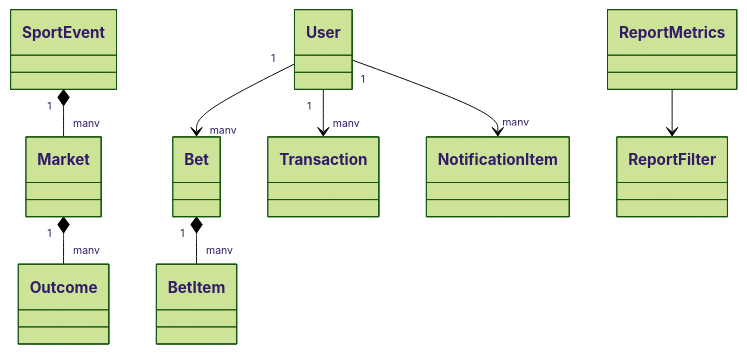
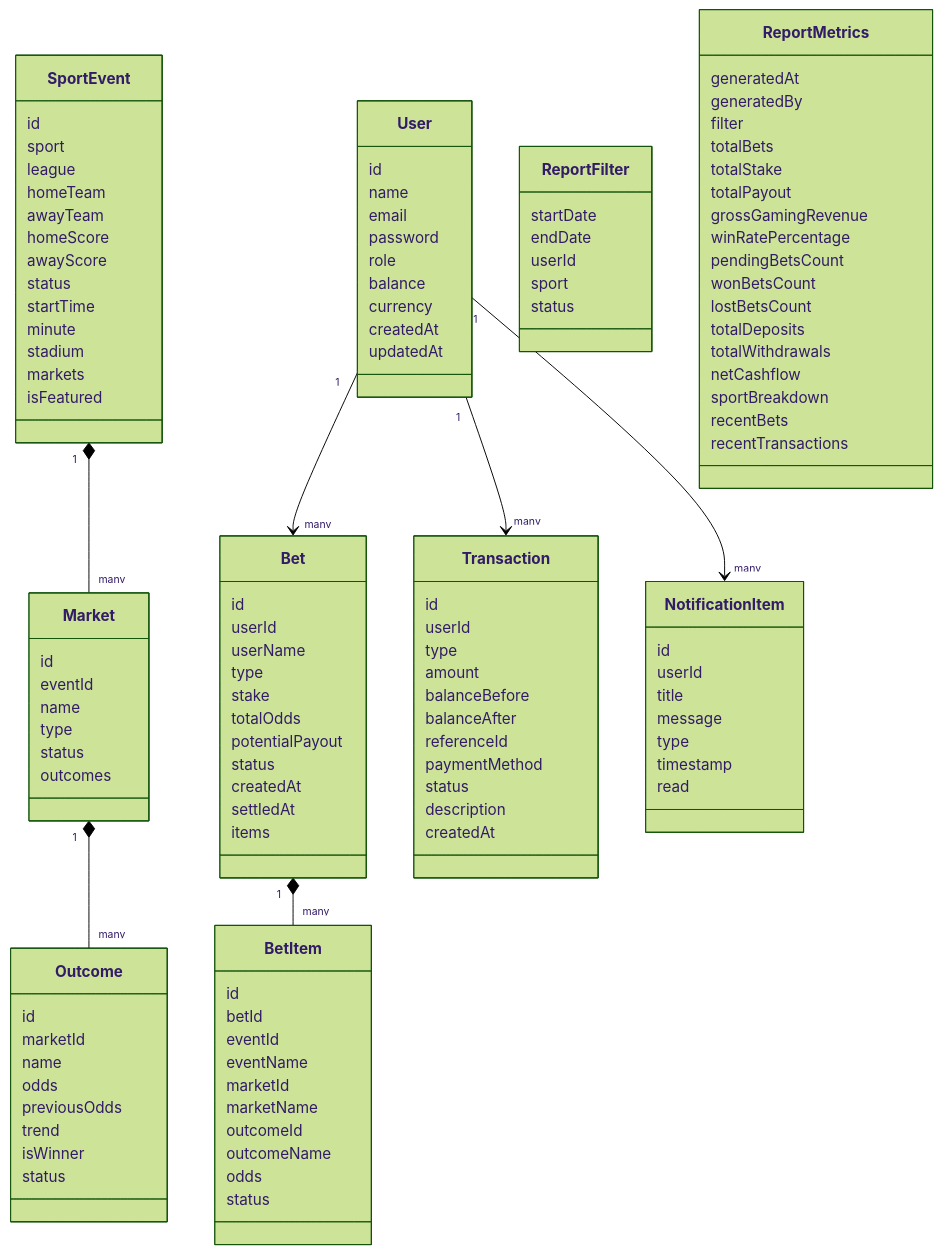
One commit to UPT-FAING-EPIS/si784-2026-ii-si784-2026-ii-examen-u1-miltom123 changed the second of 4 diagrams in docs/DOCUMENTACION_SISTEMA.md. Above: the diagram before and after it, drawn with Mermaid (forest theme). The commit also changed other lines of this file and 17 other files, not shown here.

````diff
--- a/docs/DOCUMENTACION_SISTEMA.md
+++ b/docs/DOCUMENTACION_SISTEMA.md
@@ -303,20 +364,127 @@
 ```mermaid
 classDiagram
-  class User
-  class Outcome
-  class Market
-  class SportEvent
-  class BetItem
-  class Bet
-  class Transaction
-  class ReportFilter
-  class ReportMetrics
-  class NotificationItem
+  class User {
+    id
+    name
+    email
+    password
+    role
+    balance
+    currency
+    createdAt
+    updatedAt
+  }
+  class Outcome {
+    id
+    marketId
+    name
+    odds
+    previousOdds
+    trend
+    isWinner
+    status
+  }
+  class Market {
+    id
+    eventId
+    name
+    type
+    status
+    outcomes
+  }
+  class SportEvent {
+    id
+    sport
+    league
+    homeTeam
+    awayTeam
+    homeScore
+    awayScore
+    status
+    startTime
+    minute
+    stadium
+    markets
+    isFeatured
+  }
+  class BetItem {
+    id
+    betId
+    eventId
+    eventName
+    marketId
+    marketName
+    outcomeId
+    outcomeName
+    odds
+    status
+  }
+  class Bet {
+    id
+    userId
+    userName
+    type
+    stake
+    totalOdds
+    potentialPayout
+    status
+    createdAt
+    settledAt
+    items
+  }
+  class Transaction {
+    id
+    userId
+    type
+    amount
+    balanceBefore
+    balanceAfter
+    referenceId
+    paymentMethod
+    status
+    description
+    createdAt
+  }
+  class ReportFilter {
+    startDate
+    endDate
+    userId
+    sport
+    status
+  }
+  class ReportMetrics {
+    generatedAt
+    generatedBy
+    filter
+    totalBets
+    totalStake
+    totalPayout
+    grossGamingRevenue
+    winRatePercentage
+    pendingBetsCount
+    wonBetsCount
+    lostBetsCount
+    totalDeposits
+    totalWithdrawals
+    netCashflow
+    sportBreakdown
+    recentBets
+    recentTransactions
+  }
+  class NotificationItem {
+    id
+    userId
+    title
+    message
+    type
+    timestamp
+    read
+  }
   SportEvent "1" *-- "many" Market
   Market "1" *-- "many" Outcome
   User "1" --> "many" Bet
   Bet "1" *-- "many" BetItem
   User "1" --> "many" Transaction
   User "1" --> "many" NotificationItem
-  ReportMetrics --> ReportFilter
+
 ```
````
